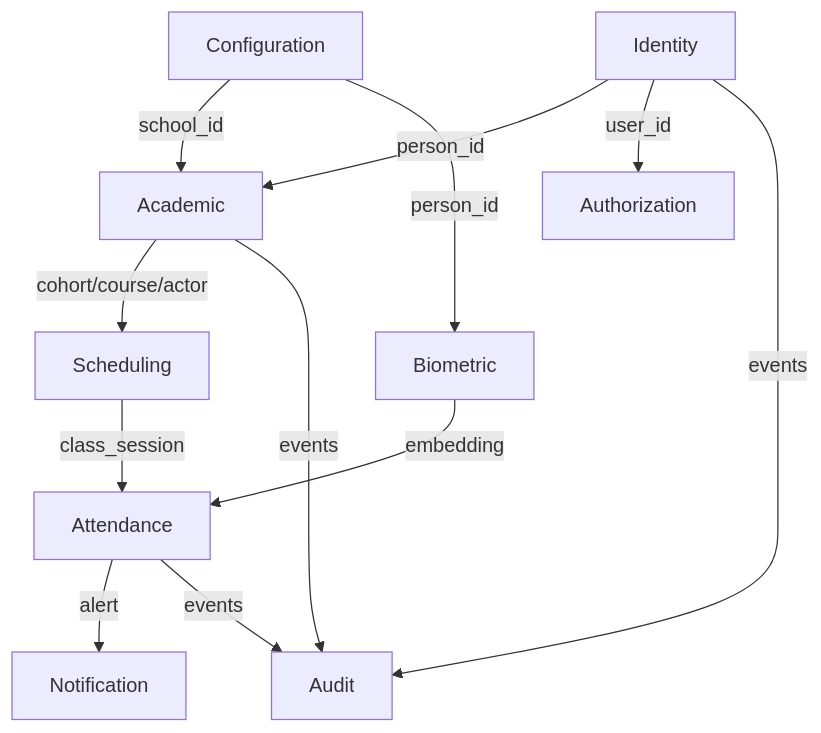
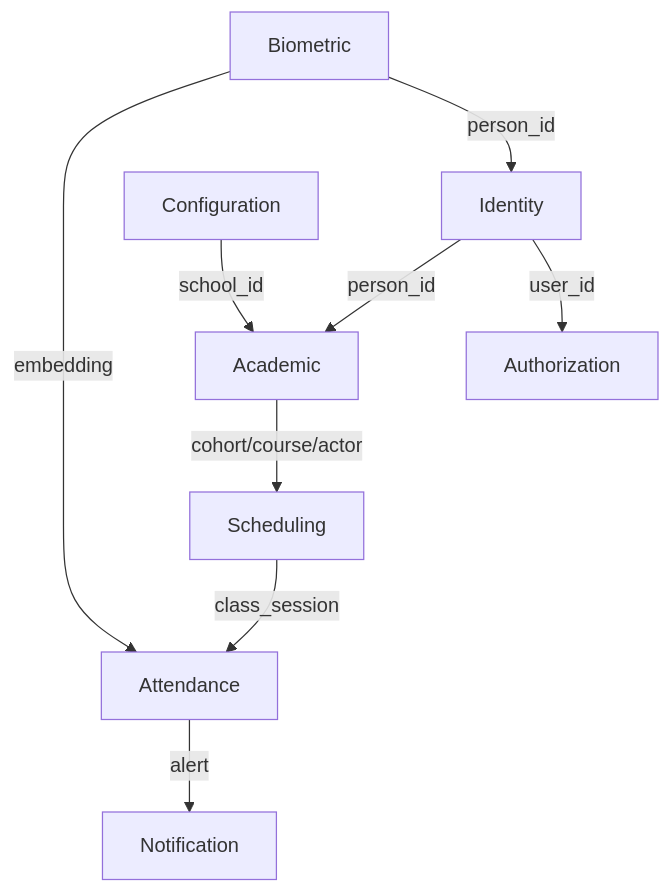
The diagram in 06-data/models.md (code-sena/fae-docs), drawn with Mermaid before and after one commit. The commit also changed other lines of this file and 43 other files, not shown here.

First line of the commit message:
docs(00-06): align context domain requirements architecture

````diff
--- a/06-data/models.md
+++ b/06-data/models.md
@@ -174,12 +175,11 @@
 ```mermaid
 graph TB
   Identity -- person_id --> Academic
   Identity -- user_id --> Authorization
   Academic -- cohort/course/actor --> Scheduling
   Scheduling -- class_session --> Attendance
   Biometric -- embedding --> Attendance
   Attendance -- alert --> Notification
-  Attendance & Identity & Academic -- events --> Audit
   Configuration -- school_id --> Academic
-  Configuration -- person_id --> Biometric
+  Biometric -- person_id --> Identity
 ```
````
